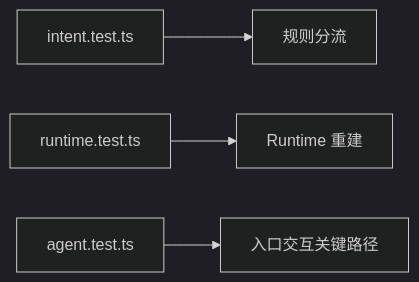
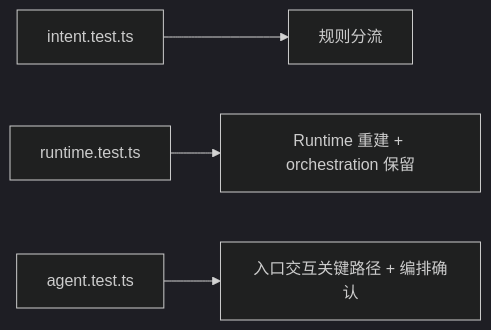
One commit to AryzingKhaos/AegisFlow changed diagram 16 of 17 in roleflow/implementation/0.1.0/delivery/default-workflow-intake-layer-code-walkthrough.md. Above: the diagram before and after it, drawn with Mermaid (dark theme). The commit also changed other lines of this file and 10 other files, not shown here.

````diff
--- a/roleflow/implementation/0.1.0/delivery/default-workflow-intake-layer-code-walkthrough.md
+++ b/roleflow/implementation/0.1.0/delivery/default-workflow-intake-layer-code-walkthrough.md
@@ -441,6 +463,6 @@
 ```mermaid
 flowchart LR
     A[intent.test.ts] --> B[规则分流]
-    C[runtime.test.ts] --> D[Runtime 重建]
-    E[agent.test.ts] --> F[入口交互关键路径]
+    C[runtime.test.ts] --> D[Runtime 重建 + orchestration 保留]
+    E[agent.test.ts] --> F[入口交互关键路径 + 编排确认]
 ```
````
